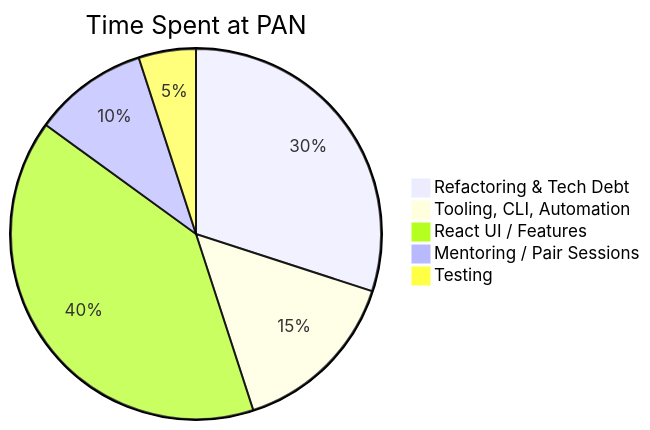
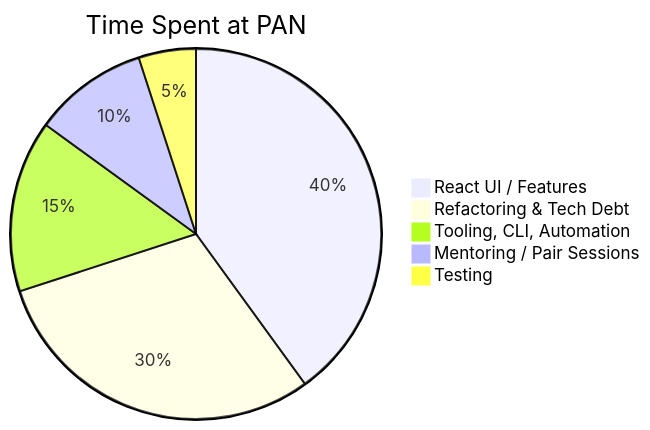
The first of 2 diagrams in README.md (charlieargue/pan-code-samples), drawn with Mermaid before and after one commit. The commit also changed other lines of this file and 5 other files, not shown here.

````diff
--- a/README.md
+++ b/README.md
@@ -13,9 +13,9 @@
 ```mermaid
 pie
     title Time Spent at PAN
+    "React UI / Features" : 40
     "Refactoring & Tech Debt" : 30
     "Tooling, CLI, Automation" : 15
-    "React UI / Features" : 40
     "Mentoring / Pair Sessions" :  10
 		"Testing" :  5
 ```
````
